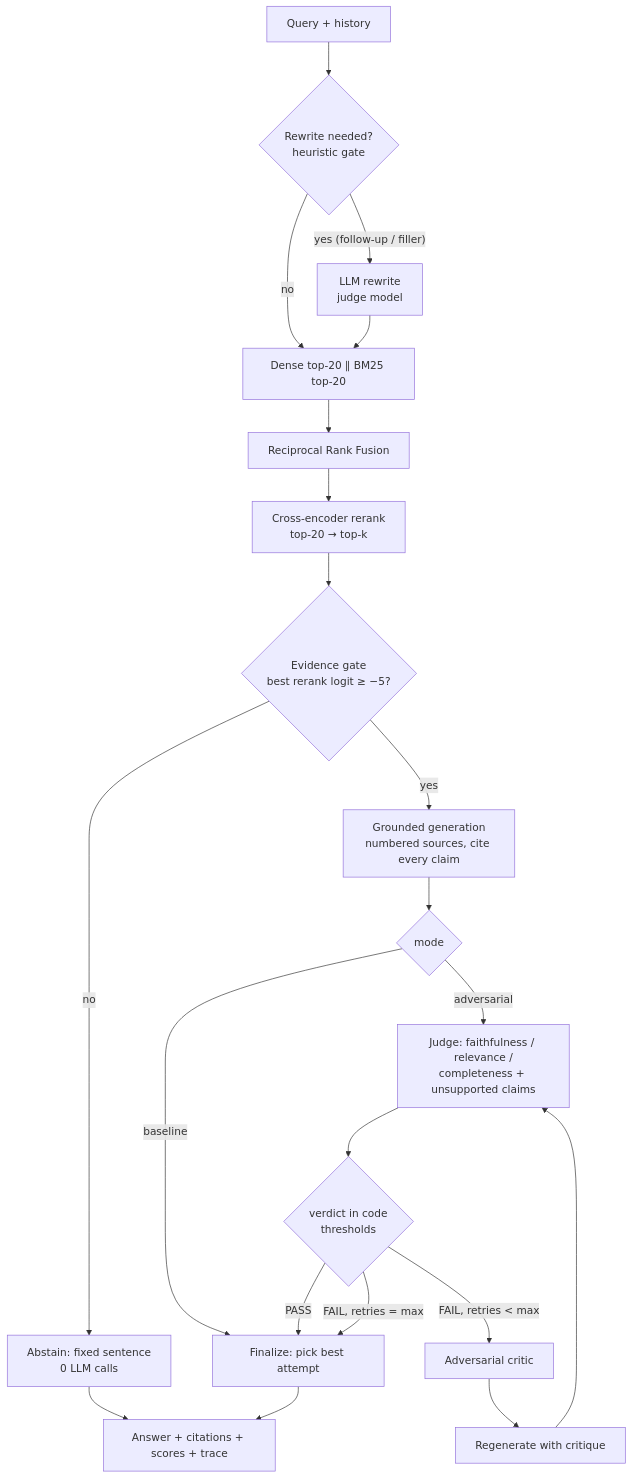
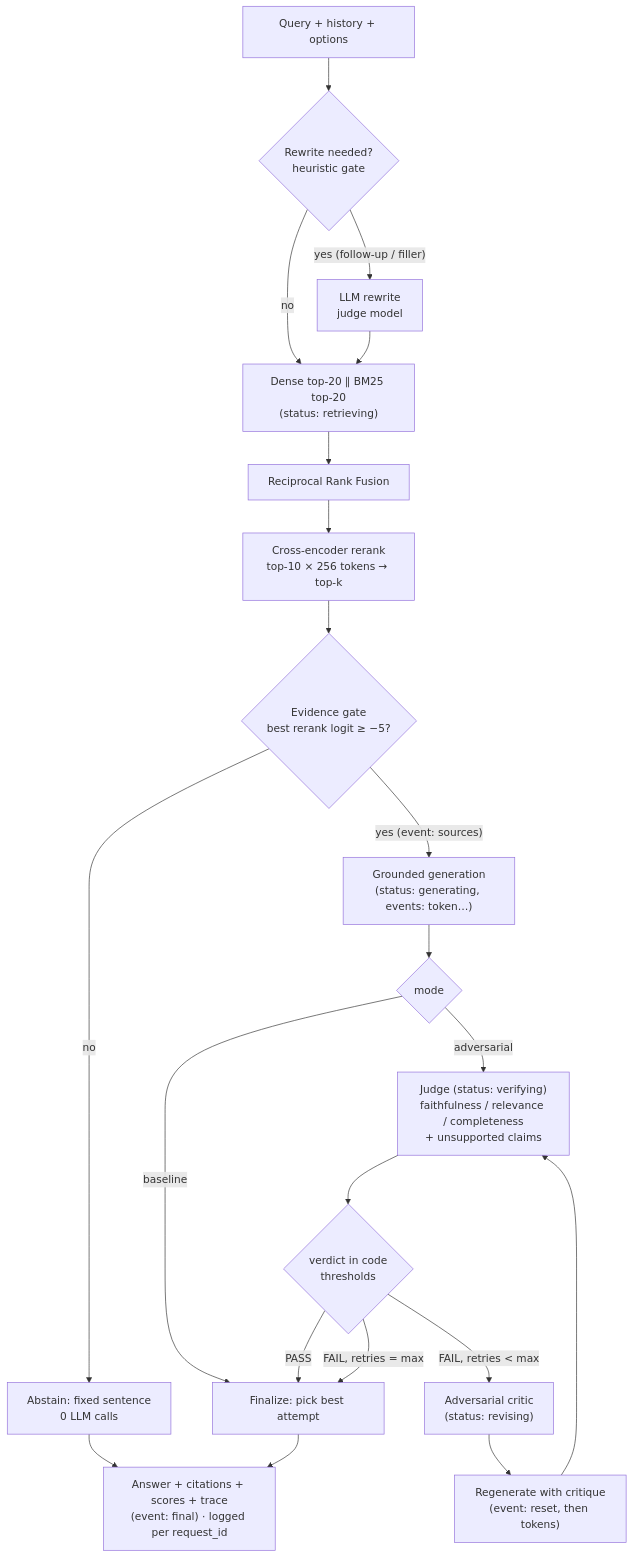
Before and after one commit to kalyani-2024/adversarial-rag: the second of 2 diagrams in docs/ARCHITECTURE.md, drawn with Mermaid. The commit also changed other lines of this file and 3 other files, not shown here.

````diff
--- a/docs/ARCHITECTURE.md
+++ b/docs/ARCHITECTURE.md
@@ -45,18 +49,18 @@
 ```mermaid
 flowchart TD
-    Q[Query + history] --> RW{Rewrite needed?<br/>heuristic gate}
+    Q[Query + history + options] --> RW{Rewrite needed?<br/>heuristic gate}
     RW -- no --> RET
     RW -- "yes (follow-up / filler)" --> LLMRW[LLM rewrite<br/>judge model] --> RET
-    RET[Dense top-20 ∥ BM25 top-20] --> RRF[Reciprocal Rank Fusion] --> RR[Cross-encoder rerank<br/>top-20 → top-k]
+    RET["Dense top-20 ∥ BM25 top-20<br/>(status: retrieving)"] --> RRF[Reciprocal Rank Fusion] --> RR[Cross-encoder rerank<br/>top-10 × 256 tokens → top-k]
     RR --> EG{Evidence gate<br/>best rerank logit ≥ −5?}
     EG -- no --> ABS[Abstain: fixed sentence<br/>0 LLM calls] --> END
-    EG -- yes --> GEN[Grounded generation<br/>numbered sources, cite every claim]
+    EG -- "yes (event: sources)" --> GEN["Grounded generation<br/>(status: generating, events: token…)"]
     GEN --> MODE{mode}
     MODE -- baseline --> FIN
-    MODE -- adversarial --> J[Judge: faithfulness / relevance /<br/>completeness + unsupported claims]
+    MODE -- adversarial --> J["Judge (status: verifying)<br/>faithfulness / relevance / completeness<br/>+ unsupported claims"]
     J --> V{verdict in code<br/>thresholds}
     V -- PASS --> FIN[Finalize: pick best attempt]
-    V -- "FAIL, retries < max" --> C[Adversarial critic] --> REG[Regenerate with critique] --> J
+    V -- "FAIL, retries < max" --> C["Adversarial critic<br/>(status: revising)"] --> REG["Regenerate with critique<br/>(event: reset, then tokens)"] --> J
     V -- "FAIL, retries = max" --> FIN
-    FIN --> END[Answer + citations + scores + trace]
+    FIN --> END["Answer + citations + scores + trace<br/>(event: final) · logged per request_id"]
 ```
````
